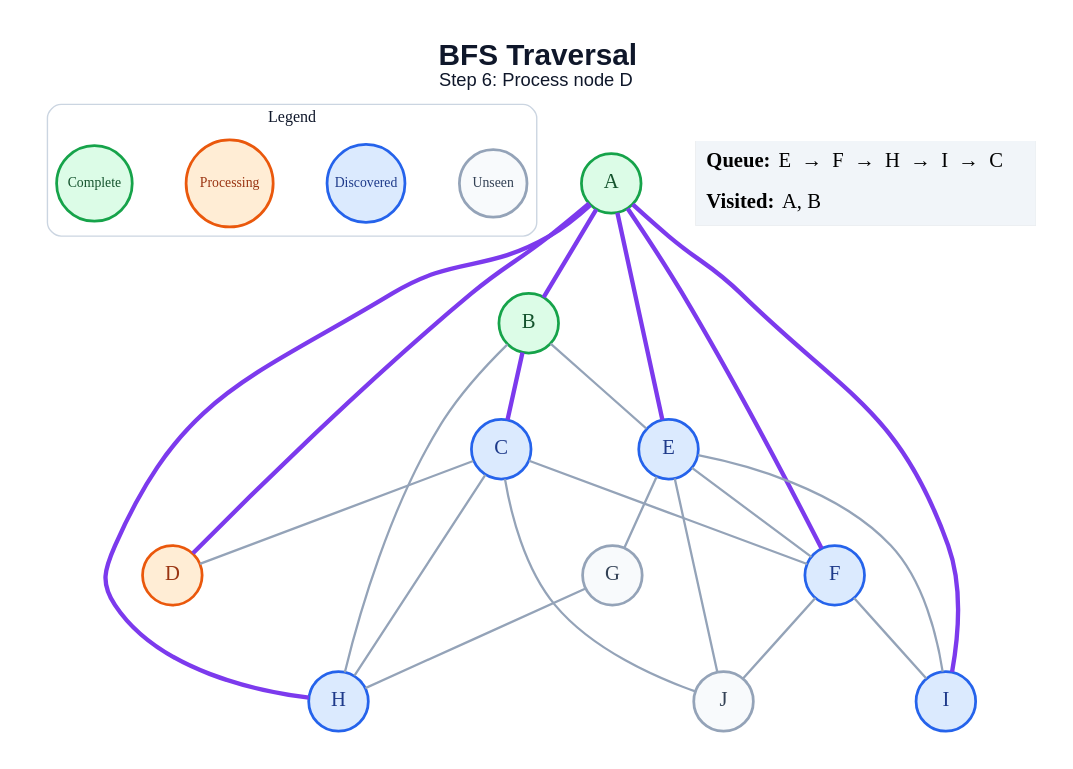
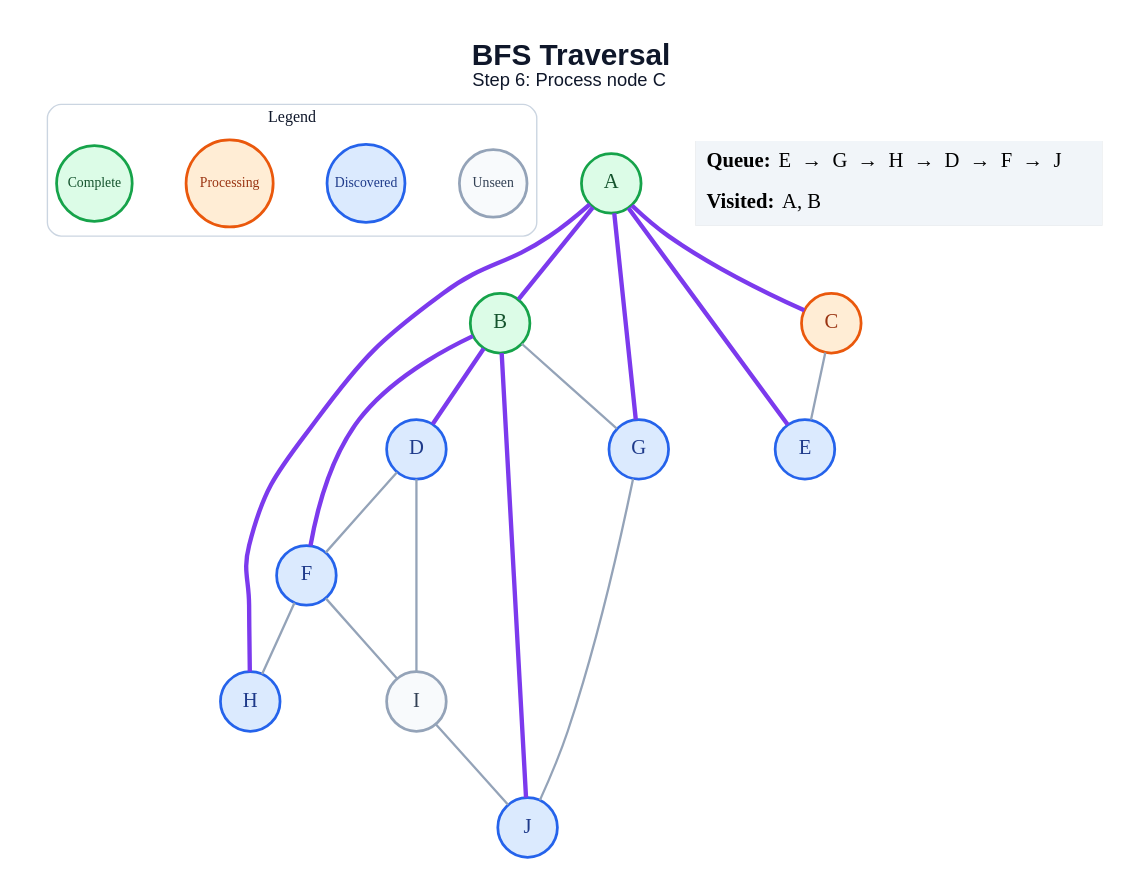
Before and after one commit to amanghodawala9/ai-slop: the diagram in generated/bfs/step_06.dot, drawn with Graphviz. The commit also changed 178 other files, not shown here.

```diff
--- a/generated/bfs/step_06.dot
+++ b/generated/bfs/step_06.dot
@@ -1,49 +1,45 @@
 graph traversal {
   graph [layout=dot, rankdir=TB, bgcolor="#FFFFFF", pad="0.35", nodesep="0.65", ranksep="0.8", fontname="Arial"];
   node [shape=circle, style="filled", fontname="Arial Bold", fontsize=18, width=0.72, fixedsize=true, penwidth=2.4];
   edge [color="#94A3B8", penwidth=2.0];
-  label=<<B>BFS Traversal</B><BR/><FONT POINT-SIZE="16">Step 6: Process node D</FONT>>; labelloc="t"; fontsize=26; fontname="Arial"; fontcolor="#0F172A";
+  label=<<B>BFS Traversal</B><BR/><FONT POINT-SIZE="16">Step 6: Process node C</FONT>>; labelloc="t"; fontsize=26; fontname="Arial"; fontcolor="#0F172A";
   subgraph cluster_legend { label="Legend"; color="#CBD5E1"; penwidth=1.2; style="rounded"; fontsize=14; fontname="Arial Bold";
     key_unseen [label="Unseen", fillcolor="#F8FAFC", color="#94A3B8", fontcolor="#334155", fontsize=12, width=0.82];
     key_frontier [label="Discovered", fillcolor="#DBEAFE", color="#2563EB", fontcolor="#1E3A8A", fontsize=12, width=0.95];
     key_current [label="Processing", fillcolor="#FFEDD5", color="#EA580C", fontcolor="#9A3412", fontsize=12, width=1.05];
     key_done [label="Complete", fillcolor="#DCFCE7", color="#16A34A", fontcolor="#14532D", fontsize=12, width=0.92];
     { rank=same; key_unseen; key_frontier; key_current; key_done; }
   }
   A [fillcolor="#DCFCE7", color="#16A34A", fontcolor="#14532D"];
   B [fillcolor="#DCFCE7", color="#16A34A", fontcolor="#14532D"];
-  C [fillcolor="#DBEAFE", color="#2563EB", fontcolor="#1E3A8A"];
-  D [fillcolor="#FFEDD5", color="#EA580C", fontcolor="#9A3412"];
+  C [fillcolor="#FFEDD5", color="#EA580C", fontcolor="#9A3412"];
+  D [fillcolor="#DBEAFE", color="#2563EB", fontcolor="#1E3A8A"];
   E [fillcolor="#DBEAFE", color="#2563EB", fontcolor="#1E3A8A"];
   F [fillcolor="#DBEAFE", color="#2563EB", fontcolor="#1E3A8A"];
-  G [fillcolor="#F8FAFC", color="#94A3B8", fontcolor="#334155"];
+  G [fillcolor="#DBEAFE", color="#2563EB", fontcolor="#1E3A8A"];
   H [fillcolor="#DBEAFE", color="#2563EB", fontcolor="#1E3A8A"];
-  I [fillcolor="#DBEAFE", color="#2563EB", fontcolor="#1E3A8A"];
-  J [fillcolor="#F8FAFC", color="#94A3B8", fontcolor="#334155"];
+  I [fillcolor="#F8FAFC", color="#94A3B8", fontcolor="#334155"];
+  J [fillcolor="#DBEAFE", color="#2563EB", fontcolor="#1E3A8A"];
   A -- B [color="#7C3AED", penwidth=3.8];
-  A -- D [color="#7C3AED", penwidth=3.8];
+  A -- C [color="#7C3AED", penwidth=3.8];
   A -- E [color="#7C3AED", penwidth=3.8];
-  A -- F [color="#7C3AED", penwidth=3.8];
+  A -- G [color="#7C3AED", penwidth=3.8];
   A -- H [color="#7C3AED", penwidth=3.8];
-  A -- I [color="#7C3AED", penwidth=3.8];
-  B -- C [color="#7C3AED", penwidth=3.8];
-  B -- E;
-  B -- H;
-  C -- D;
-  C -- F;
-  C -- H;
-  C -- J;
-  E -- F;
-  E -- G;
-  E -- I;
-  E -- J;
+  B -- D [color="#7C3AED", penwidth=3.8];
+  B -- F [color="#7C3AED", penwidth=3.8];
+  B -- G;
+  B -- J [color="#7C3AED", penwidth=3.8];
+  C -- E;
+  D -- F;
+  D -- I;
+  F -- H;
   F -- I;
-  F -- J;
-  G -- H;
+  G -- J;
+  I -- J;
   status [shape=plain, fixedsize=false, width=0, height=0, margin=0, label=<
     <TABLE BORDER="0" CELLBORDER="0" CELLPADDING="7" BGCOLOR="#F1F5F9">
-      <TR><TD ALIGN="LEFT"><B>Queue:</B> E  →  F  →  H  →  I  →  C</TD></TR>
+      <TR><TD ALIGN="LEFT"><B>Queue:</B> E  →  G  →  H  →  D  →  F  →  J</TD></TR>
       <TR><TD ALIGN="LEFT"><B>Visited:</B> A, B</TD></TR>
     </TABLE>
   >];
 }
```
